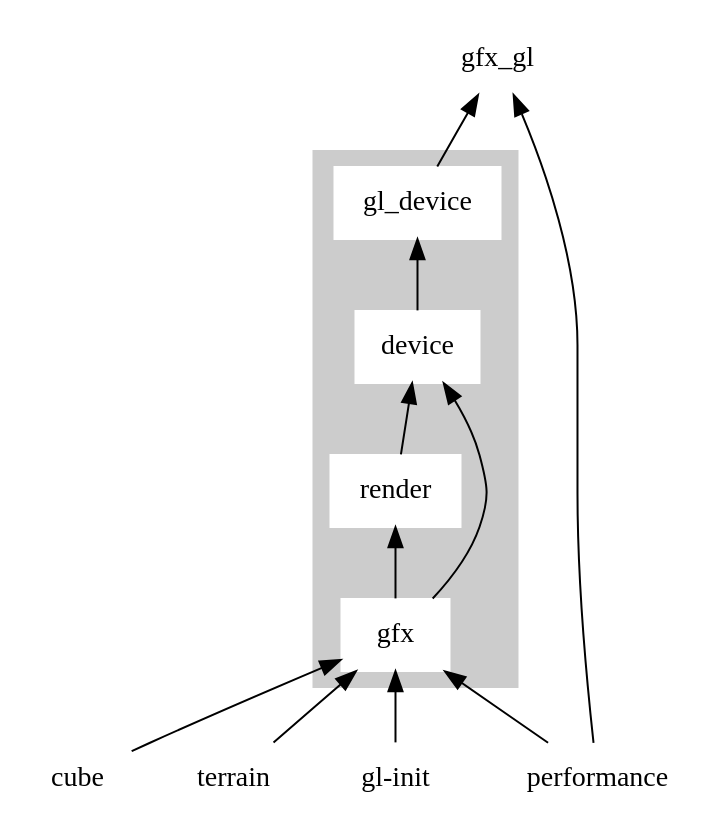
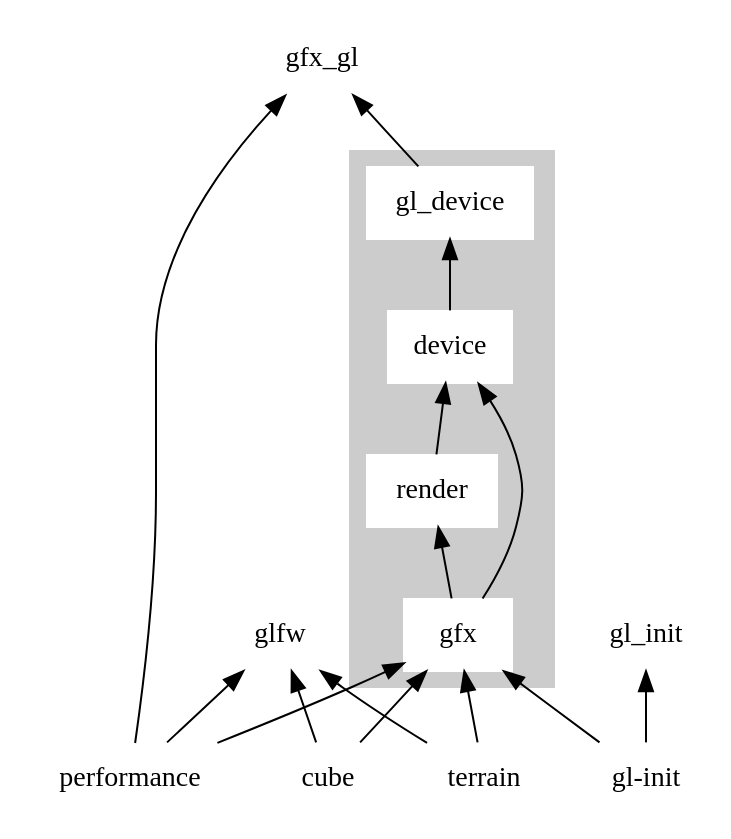
The diagram in diagrams/dot/dependencies.dot (gfx-rs/gfx), drawn with Graphviz before and after one commit. The commit also changed 1 other file, not shown here.

Commit message:
Add windowing libraries to dependency graph
Helps to demonstrate that gfx-rs is decoupled from a single windowing library.

```diff
--- a/diagrams/dot/dependencies.dot
+++ b/diagrams/dot/dependencies.dot
@@ -1,25 +1,30 @@
 digraph gfx {
     rankdir=BT;
 
     # Main gfx-rs crates
     subgraph cluster_gfx {
         style=filled;
         color=gray80;
 
         node [shape=box, style=filled, color=white];
         "gfx" -> "render";
         "gfx" -> "device";
         "render" -> "device";
         "device" -> "gl_device";
     }
 
     # Examples and external dependencies
     node [shape=none];
 
     "gl_device" -> "gfx_gl";
+
     "cube" -> "gfx";
+    "cube" -> "glfw";
     "terrain" -> "gfx";
+    "terrain" -> "glfw";
     "gl-init" -> "gfx";
+    "gl-init" -> "gl_init";
     "performance" -> "gfx";
+    "performance" -> "glfw";
     "performance" -> "gfx_gl";
 }
```
